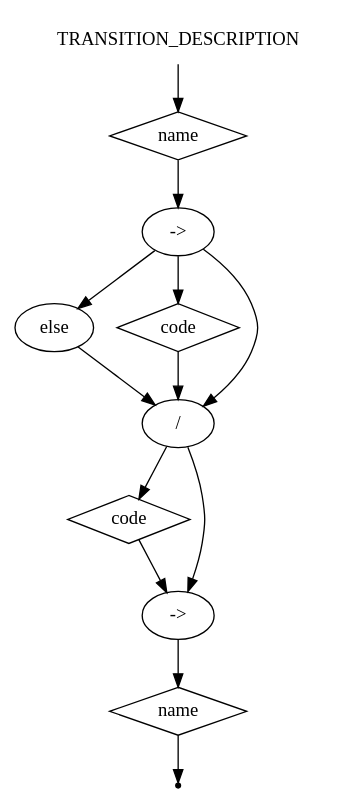
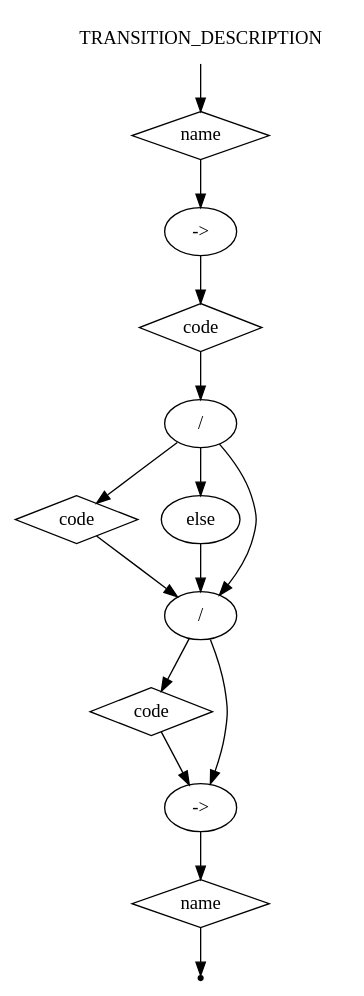
The diagram in ciao_gv/transition_description.gv (Samirox66/ciao), drawn with Graphviz before and after one commit. The commit also changed 3 other files, not shown here.

```diff
--- a/ciao_gv/transition_description.gv
+++ b/ciao_gv/transition_description.gv
@@ -1,24 +1,28 @@
 digraph TRANSITION_DESCRIPTION {
-    start [label=TRANSITION_DESCRIPTION shape=plaintext]
-    A [label=name shape=diamond]
-    B [label="->" shape=oval]
-    C [label=else shape=oval]
-    D [label=code shape=diamond]
-    E [label="/" shape=oval]
-    F [label=code shape=diamond]
-    G [label="->" shape=oval]
-    H [label=name shape=diamond]
-    end [label="" shape=point]
-    start -> A
-    A -> B
-    B -> C
-    B -> D
-    B -> E
-    C -> E
-    D -> E
-    E -> F
-    E -> G
-    F -> G
-    G -> H
-    H -> end
+start [label=TRANSITION_DESCRIPTION shape=plaintext]
+A [label=name shape=diamond]
+B [label="->" shape=oval]
+C [label=code shape=diamond]
+D [label="/" shape=oval]
+E [label=code shape=diamond]
+F [label=else shape=oval]
+G [label="/" shape=oval]
+H [label=code shape=diamond]
+I [label="->" shape=oval]
+J [label=name shape=diamond]
+end [label="" shape=point]
+start -> A
+A -> B
+B -> C
+C -> D
+D -> E
+D -> F
+D -> G
+E -> G
+F -> G
+G -> H
+H -> I
+G -> I
+I -> J
+J -> end
 }
```
